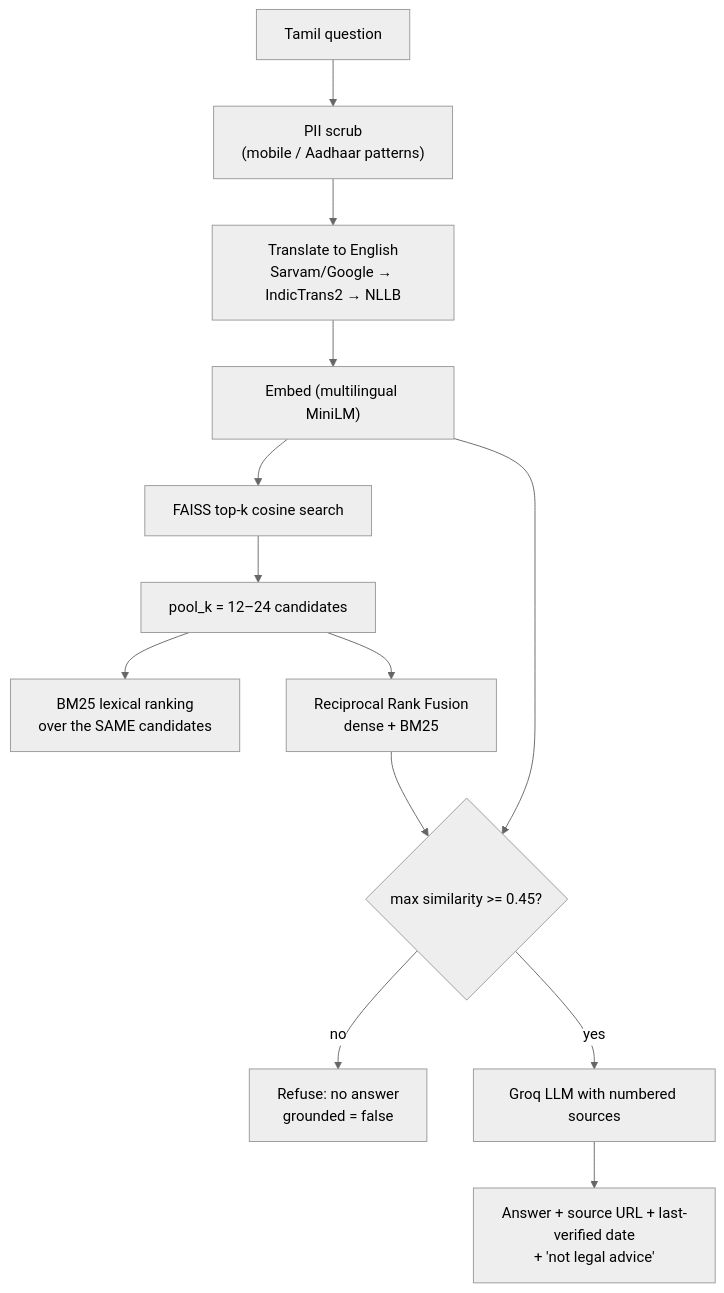
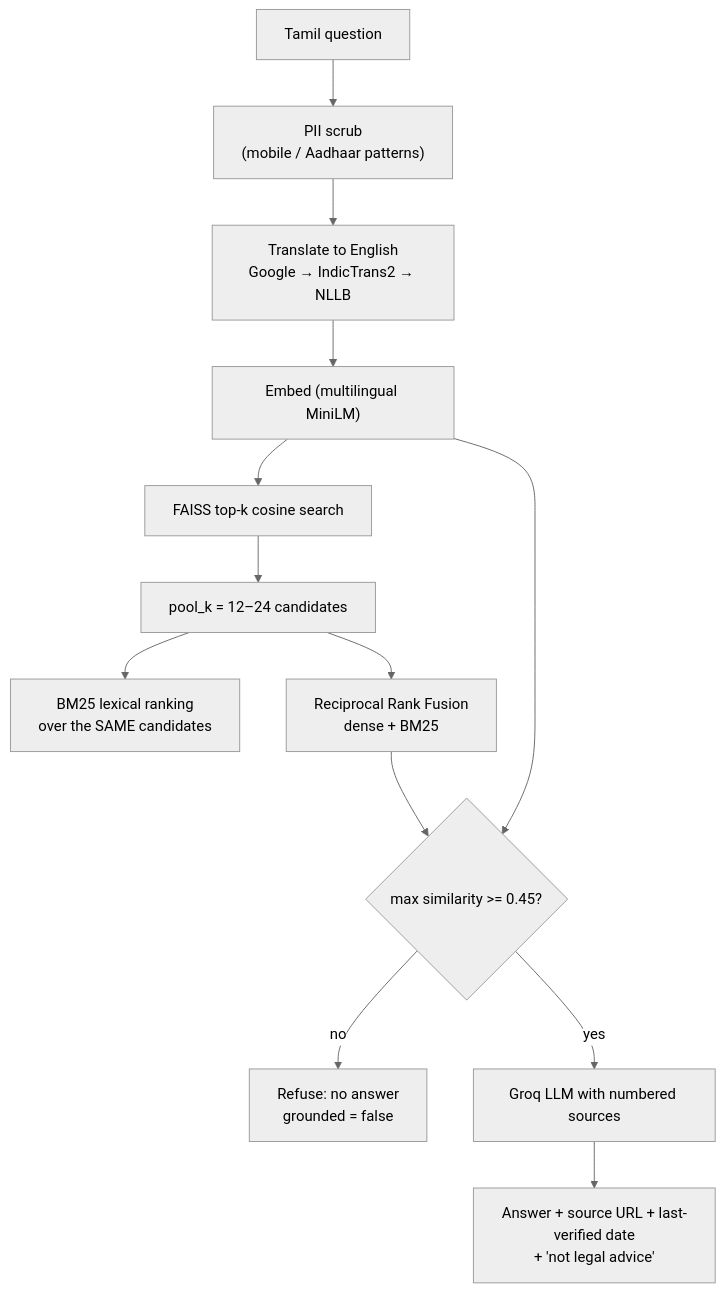
The diagram in VIVA_QA.md (joeltkvaidyan/shramsetu), drawn with Mermaid (neutral theme) before and after one commit. The commit also changed other lines of this file and 31 other files, not shown here.

````diff
--- a/VIVA_QA.md
+++ b/VIVA_QA.md
@@ -53,15 +53,15 @@
 ```mermaid
 flowchart TD
     Q["Tamil question"] --> PII["PII scrub<br/>(mobile / Aadhaar patterns)"]
-    PII --> TR["Translate to English<br/>Sarvam/Google → IndicTrans2 → NLLB"]
+    PII --> TR["Translate to English<br/>Google → IndicTrans2 → NLLB"]
     TR --> EMB["Embed (multilingual MiniLM)"]
     EMB --> FAISS["FAISS top-k cosine search"]
     FAISS --> POOL["pool_k = 12–24 candidates"]
     POOL --> BM25["BM25 lexical ranking<br/>over the SAME candidates"]
     POOL --> RRF["Reciprocal Rank Fusion<br/>dense + BM25"]
     EMB --> GATE{"max similarity >= 0.45?"}
     RRF --> GATE
     GATE -->|no| REFUSE["Refuse: no answer<br/>grounded = false"]
     GATE -->|yes| LLM["Groq LLM with numbered sources"]
     LLM --> OUT["Answer + source URL + last-verified date<br/>+ 'not legal advice'"]
 ```
````
